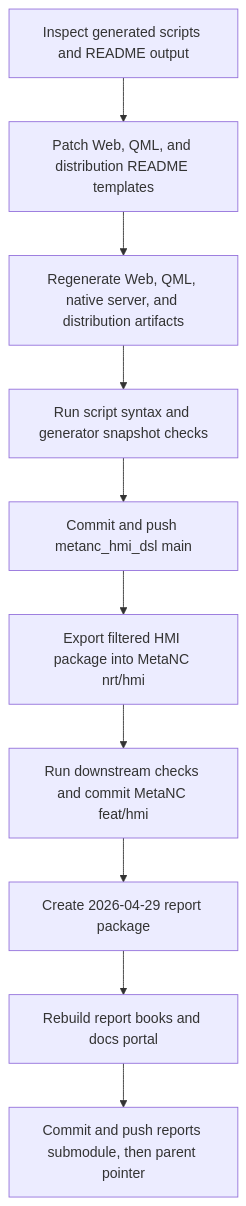
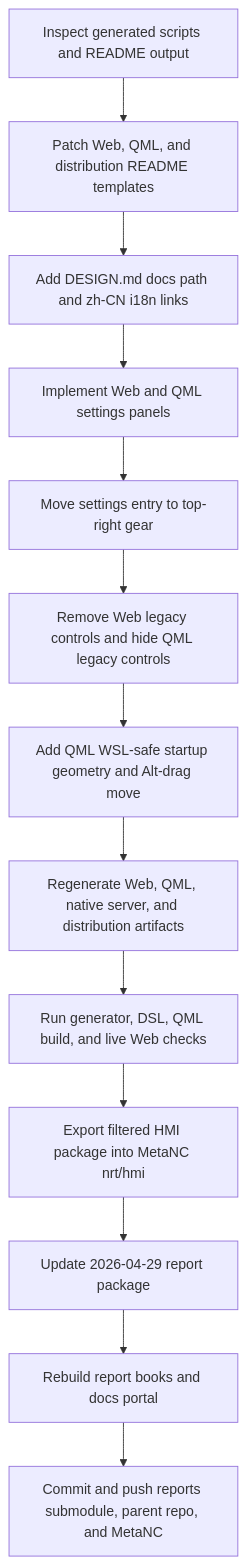
The diagram in 2026-04-29-codex-session/workflow-diagram.md (luppiterw/metanc_hmi_dsl_reports), drawn with Mermaid before and after one commit. The commit also changed 7 other files, not shown here.

First line of the commit message:
docs: refresh 2026-04-29 settings shell report

````diff
--- a/2026-04-29-codex-session/workflow-diagram.md
+++ b/2026-04-29-codex-session/workflow-diagram.md
@@ -3,12 +3,15 @@
 ```mermaid
 flowchart TD
     A[Inspect generated scripts and README output] --> B[Patch Web, QML, and distribution README templates]
-    B --> C[Regenerate Web, QML, native server, and distribution artifacts]
-    C --> D[Run script syntax and generator snapshot checks]
-    D --> E[Commit and push metanc_hmi_dsl main]
-    E --> F[Export filtered HMI package into MetaNC nrt/hmi]
-    F --> G[Run downstream checks and commit MetaNC feat/hmi]
-    G --> H[Create 2026-04-29 report package]
-    H --> I[Rebuild report books and docs portal]
-    I --> J[Commit and push reports submodule, then parent pointer]
+    B --> C[Add DESIGN.md docs path and zh-CN i18n links]
+    C --> D[Implement Web and QML settings panels]
+    D --> E[Move settings entry to top-right gear]
+    E --> F[Remove Web legacy controls and hide QML legacy controls]
+    F --> G[Add QML WSL-safe startup geometry and Alt-drag move]
+    G --> H[Regenerate Web, QML, native server, and distribution artifacts]
+    H --> I[Run generator, DSL, QML build, and live Web checks]
+    I --> J[Export filtered HMI package into MetaNC nrt/hmi]
+    J --> K[Update 2026-04-29 report package]
+    K --> L[Rebuild report books and docs portal]
+    L --> M[Commit and push reports submodule, parent repo, and MetaNC]
 ```
````
